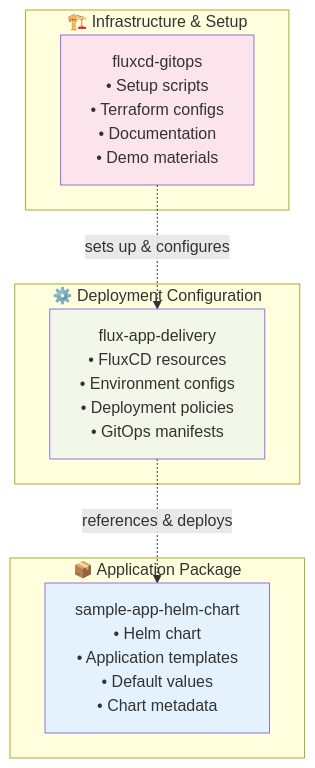
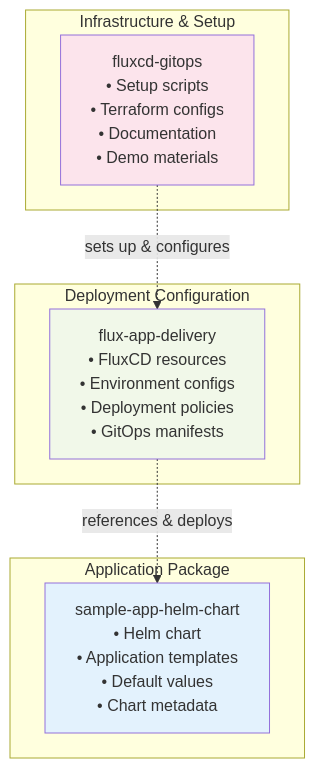
The first of 3 diagrams in demo-diagrams/repository-architecture.md (paraskanwarit/fluxcd-gitops), drawn with Mermaid before and after one commit. The commit also changed other lines of this file and 4 other files, not shown here.

````diff
--- a/demo-diagrams/repository-architecture.md
+++ b/demo-diagrams/repository-architecture.md
@@ -9,21 +9,21 @@
 ```mermaid
 graph TB
-    subgraph "🏗️ Infrastructure & Setup"
+    subgraph "Infrastructure & Setup"
         INFRA[fluxcd-gitops<br/>• Setup scripts<br/>• Terraform configs<br/>• Documentation<br/>• Demo materials]
     end
     
-    subgraph "📦 Application Package"
+    subgraph "Application Package"
         HELM[sample-app-helm-chart<br/>• Helm chart<br/>• Application templates<br/>• Default values<br/>• Chart metadata]
     end
     
-    subgraph "⚙️ Deployment Configuration"
+    subgraph "Deployment Configuration"
         FLUX[flux-app-delivery<br/>• FluxCD resources<br/>• Environment configs<br/>• Deployment policies<br/>• GitOps manifests]
     end
     
     INFRA -.->|sets up & configures| FLUX
     FLUX -.->|references & deploys| HELM
     
     style INFRA fill:#fce4ec
     style HELM fill:#e3f2fd
     style FLUX fill:#f1f8e9
 ```
````
